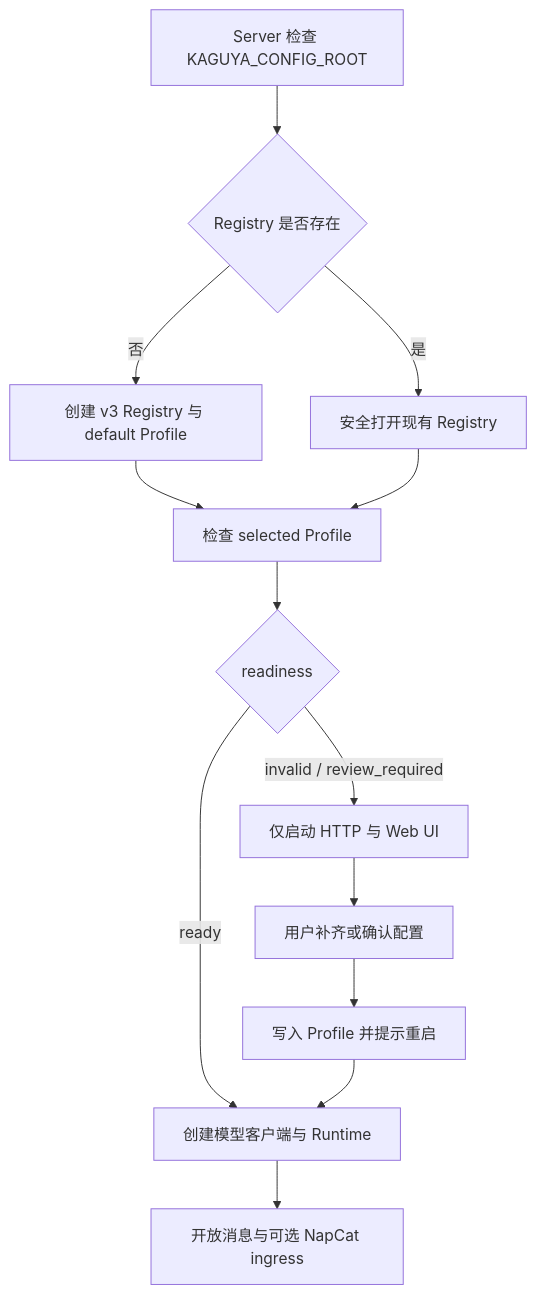
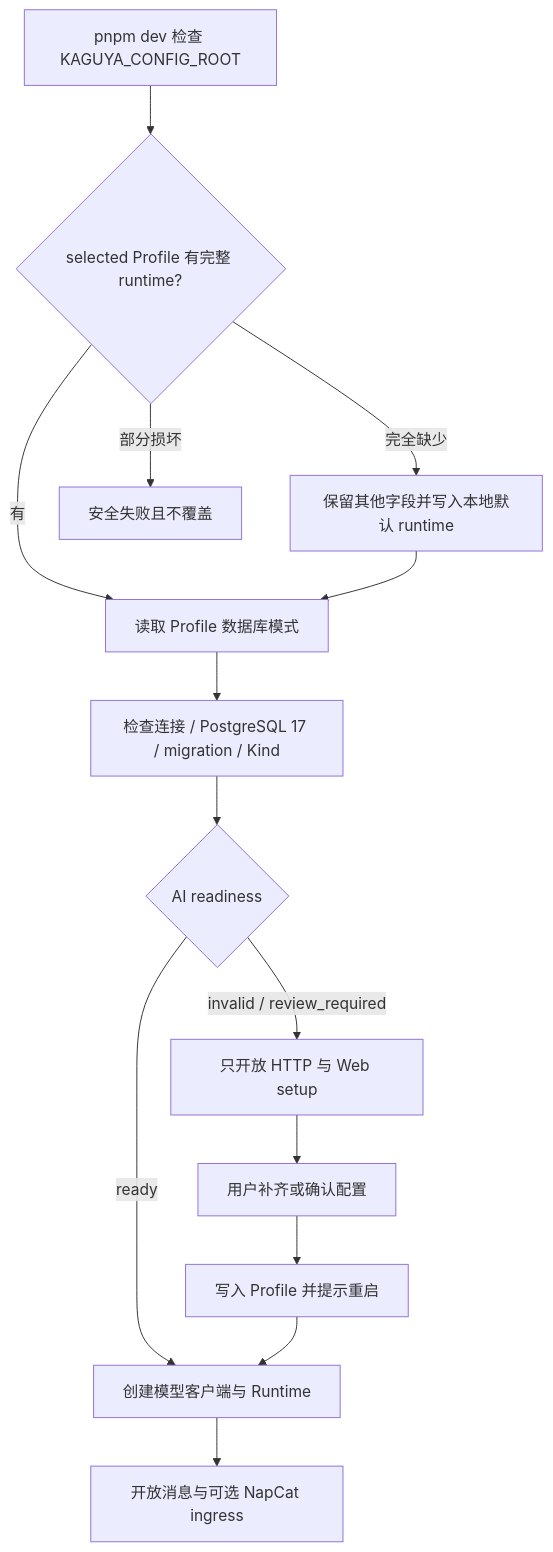
Before and after one commit to posanbu/Kaguya: the diagram in docs/guide/configuration.md, drawn with Mermaid. The commit also changed other lines of this file and 43 other files, not shown here.

Commit message:
feat: unify PostgreSQL development runtime (#101)

````diff
--- a/docs/guide/configuration.md
+++ b/docs/guide/configuration.md
@@ -12,15 +12,16 @@
 ```mermaid
 flowchart TD
-  A[Server 检查 KAGUYA_CONFIG_ROOT] --> B{Registry 是否存在}
-  B -- 否 --> C[创建 v3 Registry 与 default Profile]
-  B -- 是 --> D[安全打开现有 Registry]
-  C --> E[检查 selected Profile]
-  D --> E
-  E --> F{readiness}
-  F -- invalid / review_required --> G[仅启动 HTTP 与 Web UI]
+  A[pnpm dev 检查 KAGUYA_CONFIG_ROOT] --> B{selected Profile 有完整 runtime?}
+  B -- 完全缺少 --> C[保留其他字段并写入本地默认 runtime]
+  B -- 部分损坏 --> X[安全失败且不覆盖]
+  B -- 有 --> D[读取 Profile 数据库模式]
+  C --> D
+  D --> E[检查连接 / PostgreSQL 17 / migration / Kind]
+  E --> F{AI readiness}
+  F -- invalid / review_required --> G[只开放 HTTP 与 Web setup]
   G --> H[用户补齐或确认配置]
   H --> I[写入 Profile 并提示重启]
   F -- ready --> J[创建模型客户端与 Runtime]
   I --> J
   J --> K[开放消息与可选 NapCat ingress]
 ```
````
